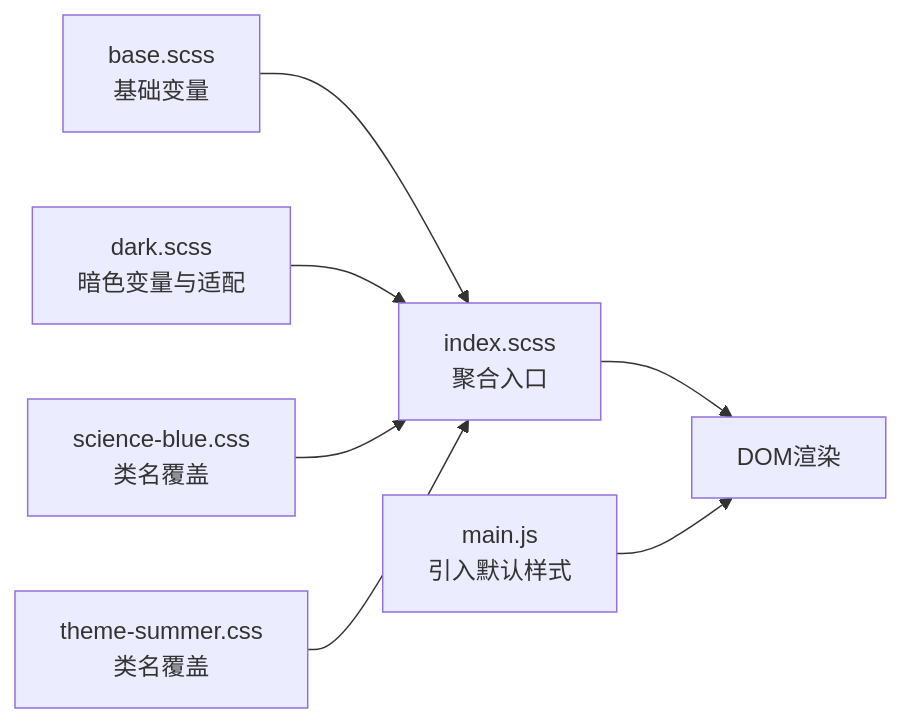
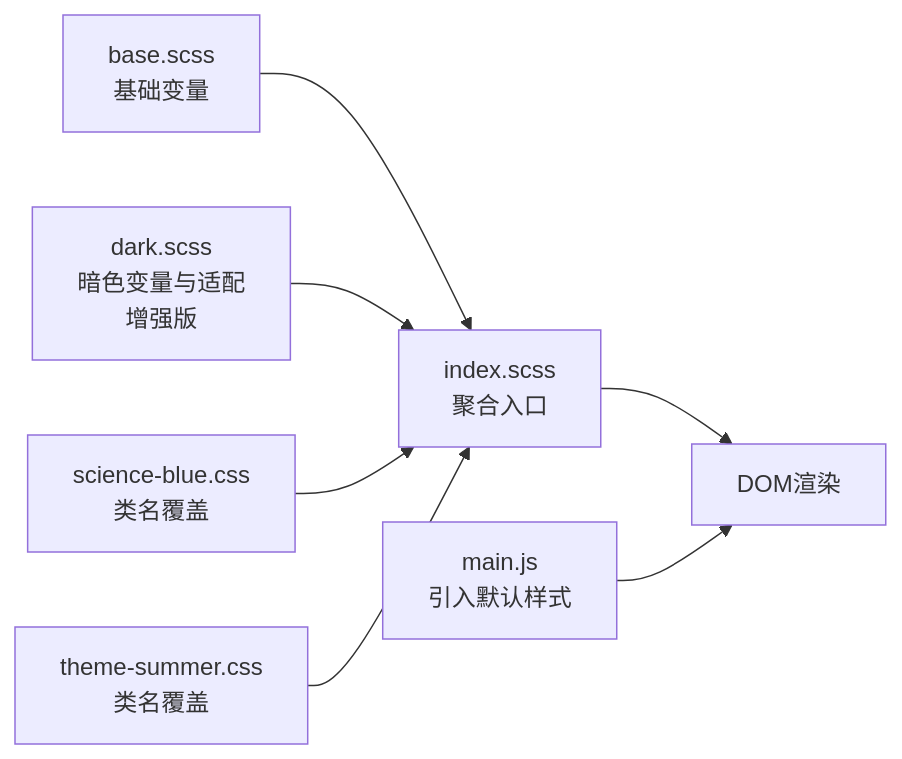
Before and after one commit to Neveryu/vue-cms: the sixth of 7 diagrams in .qoder/repowiki/zh/content/主题定制.md, drawn with Mermaid. The commit also changed other lines of this file and 8 other files, not shown here.

````diff
--- a/.qoder/repowiki/zh/content/主题定制.md
+++ b/.qoder/repowiki/zh/content/主题定制.md
@@ -233,9 +246,9 @@
 ```mermaid
 graph LR
 Base["base.scss<br/>基础变量"] --> Entry["index.scss<br/>聚合入口"]
-Dark["dark.scss<br/>暗色变量与适配"] --> Entry
+Dark["dark.scss<br/>暗色变量与适配<br/>增强版"] --> Entry
 SB["science-blue.css<br/>类名覆盖"] --> Entry
 TS["theme-summer.css<br/>类名覆盖"] --> Entry
 Entry --> DOM["DOM渲染"]
 Init["main.js<br/>引入默认样式"] --> DOM
 ```
````
